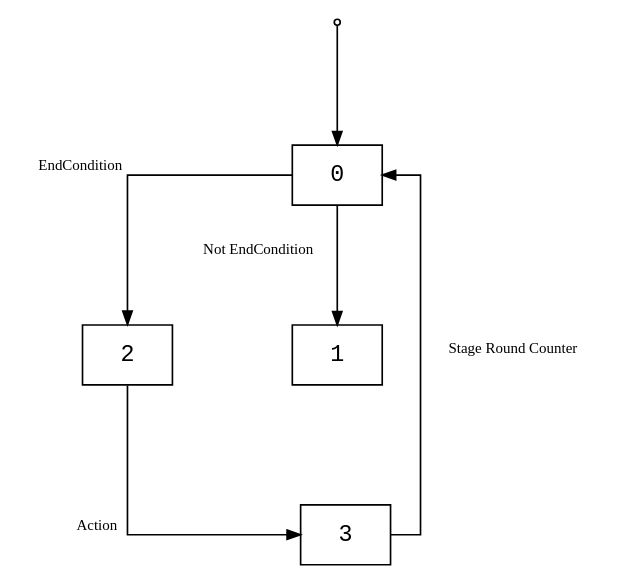
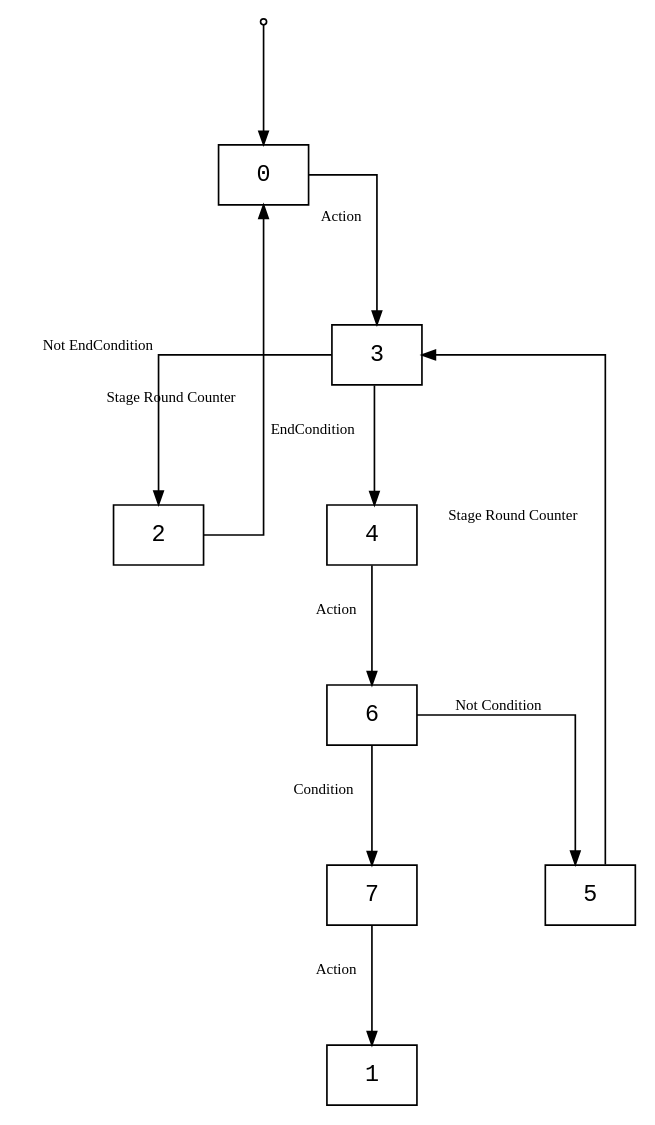
Before and after one commit to mentalcardgames/mcg: the diagram in front_end/tests_out/stage.dot, drawn with Graphviz. The commit also changed 14 other files, not shown here.

```diff
--- a/front_end/tests_out/stage.dot
+++ b/front_end/tests_out/stage.dot
@@ -1,11 +1,16 @@
 digraph CFG {
   graph [splines=ortho, nodesep=1.0, ranksep=1.0, concentrate=true];
   node [shape=box, fontname="Consolas, 'Courier New', monospace", style=filled, fillcolor="#ffffff", bordercolor="#333333"];
   edge [fontname="Consolas", fontsize=9, arrowsize=0.8];
   entry [shape=point];
   entry -> 0;
-  2 -> 3 [xlabel=" Action "];
-  3 -> 0 [xlabel=" Stage Round Counter "];
-  0 -> 1 [xlabel=" Not EndCondition "];
-  0 -> 2 [xlabel=" EndCondition "];
+  7 -> 1 [xlabel=" Action "];
+  3 -> 2 [xlabel=" Not EndCondition "];
+  3 -> 4 [xlabel=" EndCondition "];
+  4 -> 6 [xlabel=" Action "];
+  5 -> 3 [xlabel=" Stage Round Counter "];
+  6 -> 7 [xlabel=" Condition "];
+  6 -> 5 [xlabel=" Not Condition "];
+  2 -> 0 [xlabel=" Stage Round Counter "];
+  0 -> 3 [xlabel=" Action "];
 }
```
